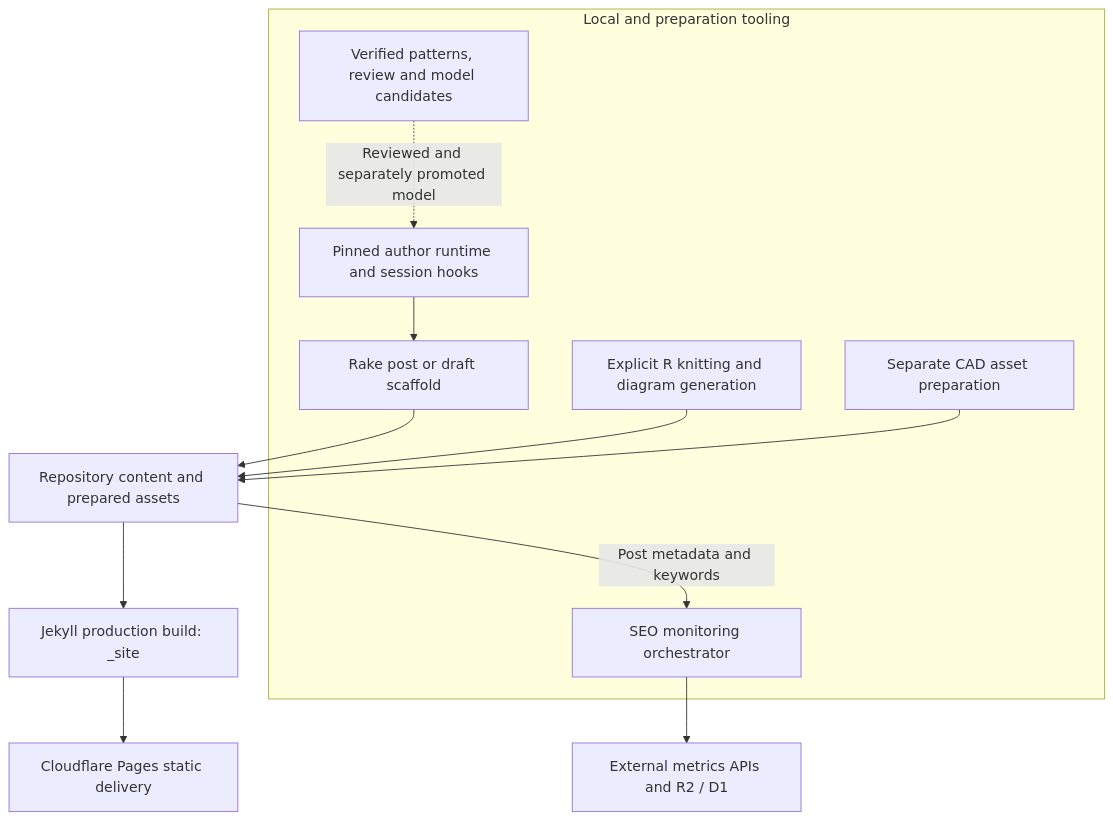
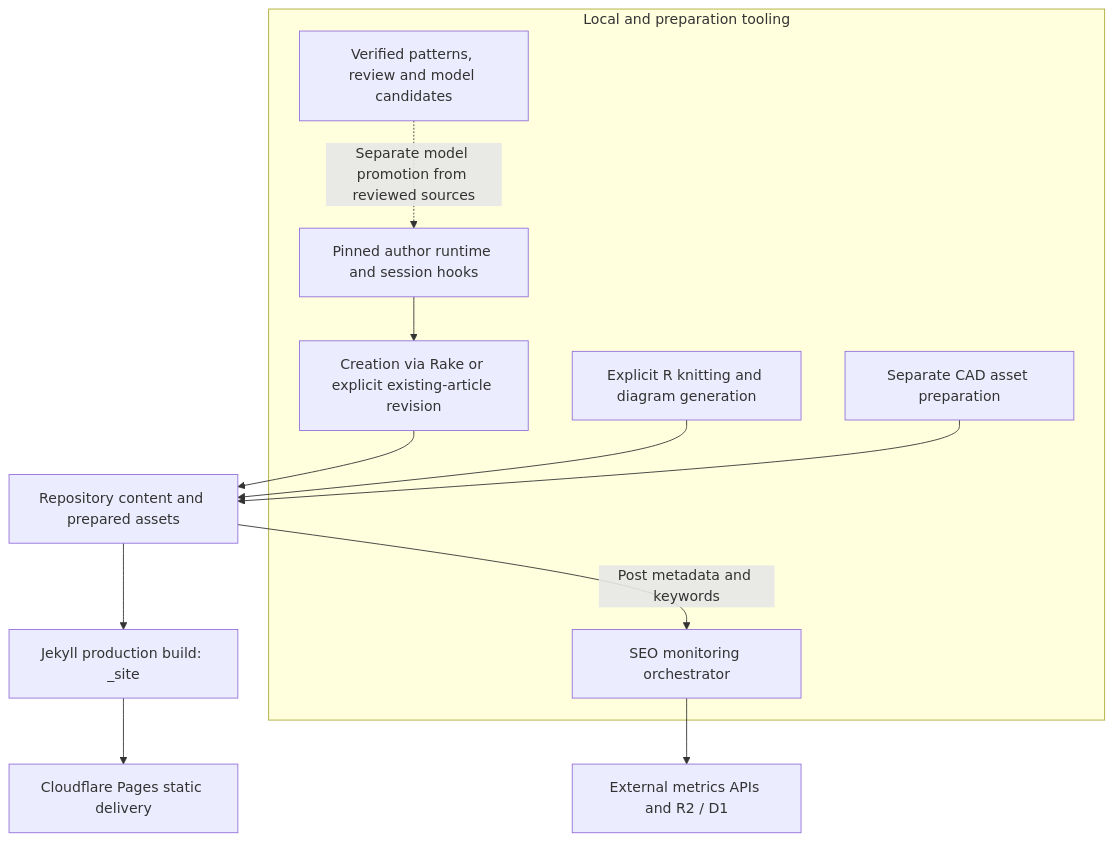
One commit to theclue/gabrielebaldassarre.com changed the first of 3 diagrams in wiki/architecture.md. Above: the diagram before and after it, drawn with Mermaid. The commit also changed other lines of this file and 30 other files, not shown here.

````diff
--- a/wiki/architecture.md
+++ b/wiki/architecture.md
@@ -37,24 +45,24 @@
 ```mermaid
 graph TD
     subgraph "Local and preparation tooling"
         Governance["Verified patterns, review and model candidates"]
         Runtime["Pinned author runtime and session hooks"]
-        Rake["Rake post or draft scaffold"]
+        Writing["Creation via Rake or explicit existing-article revision"]
         R["Explicit R knitting and diagram generation"]
         CAD["Separate CAD asset preparation"]
         SEO["SEO monitoring orchestrator"]
     end
     Content["Repository content and prepared assets"]
     Jekyll["Jekyll production build: _site"]
     Pages["Cloudflare Pages static delivery"]
     External["External metrics APIs and R2 / D1"]
-    Governance -.->|Reviewed and separately promoted model| Runtime
-    Runtime --> Rake
-    Rake --> Content
+    Governance -.->|Separate model promotion from reviewed sources| Runtime
+    Runtime --> Writing
+    Writing --> Content
     R --> Content
     CAD --> Content
     Content --> Jekyll
     Jekyll --> Pages
     Content -->|Post metadata and keywords| SEO
     SEO --> External
 ```
````
